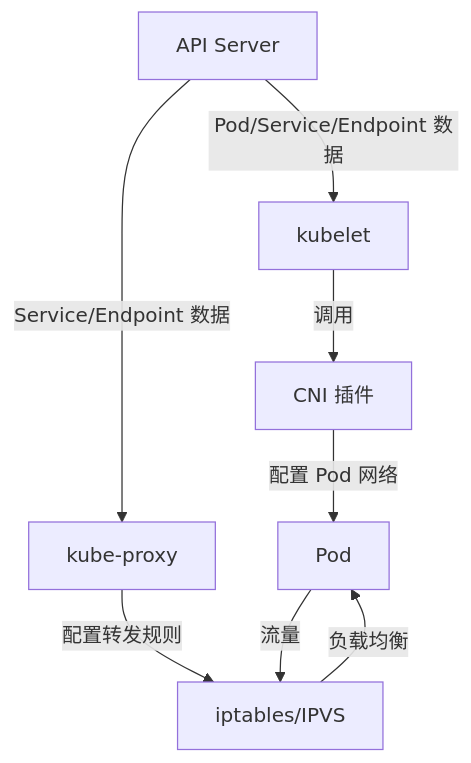
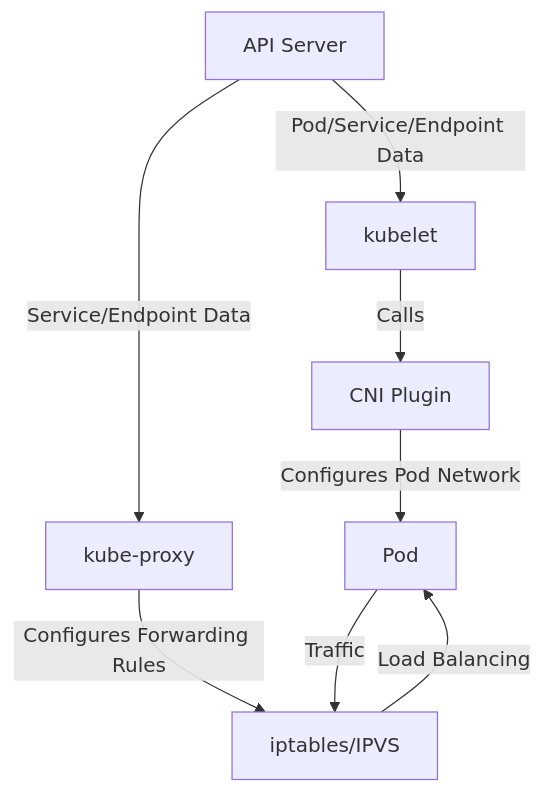
One commit to liweinan/deepseek-answers changed the second of 2 diagrams in files/kubelet-intro.md. Above: the diagram before and after it, drawn with Mermaid. The commit also changed other lines of this file and 135 other files, not shown here.

````diff
--- a/files/kubelet-intro.md
+++ b/files/kubelet-intro.md
@@ -167,10 +176,10 @@
 ```mermaid
 graph TB
-  A[API Server] -->|Pod/Service/Endpoint 数据| B[kubelet]
-  A -->|Service/Endpoint 数据| C[kube-proxy]
-  B -->|调用| D[CNI 插件]
-  D -->|配置 Pod 网络| E[Pod]
-  C -->|配置转发规则| F[iptables/IPVS]
-  E -->|流量| F
-  F -->|负载均衡| E
+  A[API Server] -->|Pod/Service/Endpoint Data| B[kubelet]
+A -->|Service/Endpoint Data| C[kube-proxy]
+B -->|Calls| D[CNI Plugin]
+D -->|Configures Pod Network| E[Pod]
+C -->|Configures Forwarding Rules| F[iptables/IPVS]
+E -->|Traffic| F
+F -->|Load Balancing| E
 ```
````
